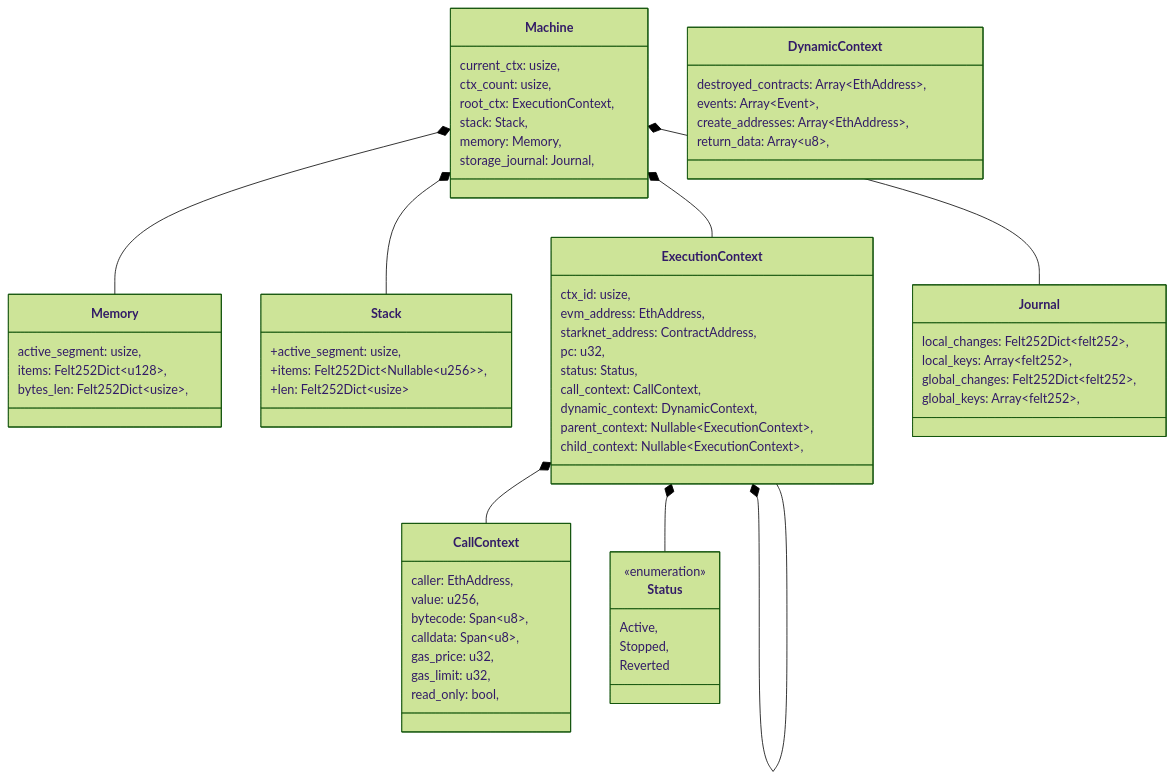
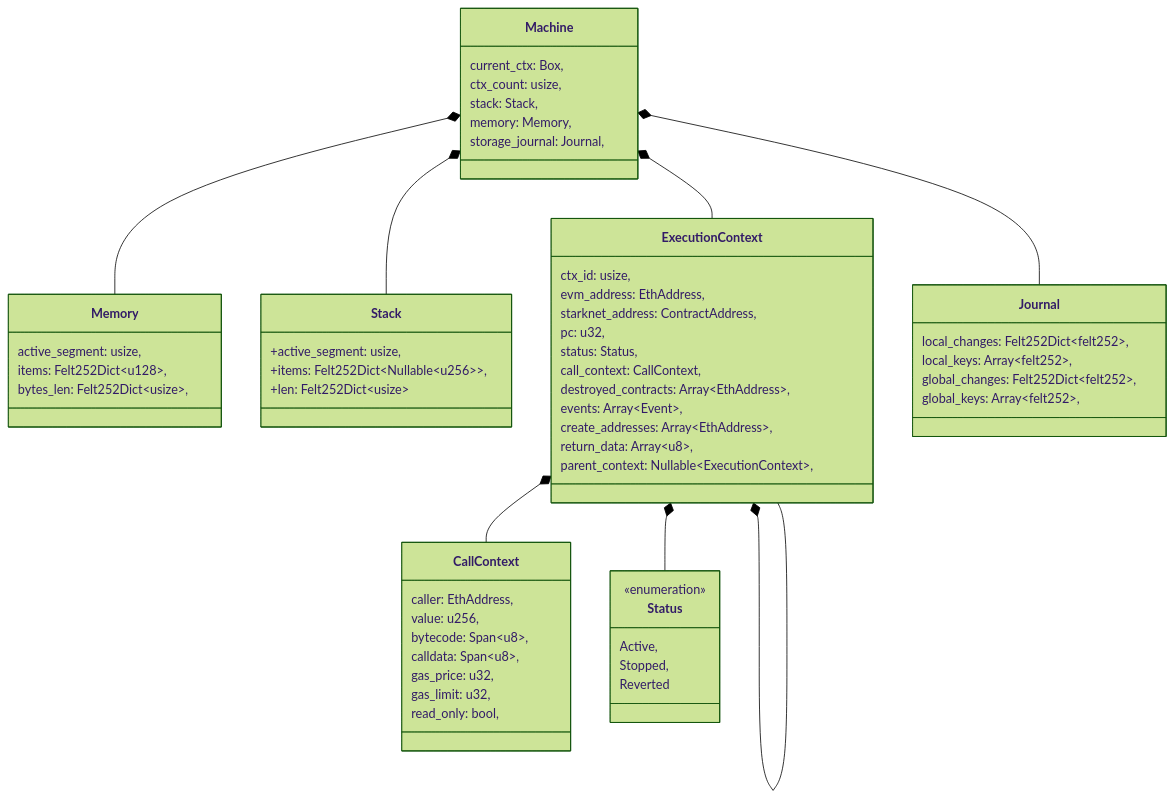
Before and after one commit to kkrt-labs/kakarot-ssj: the diagram in docs/general/machine.md, drawn with Mermaid (forest theme). The commit also changed other lines of this file and 29 other files, not shown here.

````diff
--- a/docs/general/machine.md
+++ b/docs/general/machine.md
@@ -43,75 +41,70 @@
 ```mermaid
 classDiagram
     class Machine{
-        current_ctx: usize,
+        current_ctx: Box<ExecutionContext>,
         ctx_count: usize,
-        root_ctx: ExecutionContext,
         stack: Stack,
         memory: Memory,
         storage_journal: Journal,
     }
 
     class Memory{
         active_segment: usize,
         items: Felt252Dict~u128~,
         bytes_len: Felt252Dict~usize~,
     }
 
     class Stack{
         +active_segment: usize,
         +items: Felt252Dict~Nullable~u256~~,
         +len: Felt252Dict~usize~
     }
 
     class ExecutionContext{
         ctx_id: usize,
         evm_address: EthAddress,
         starknet_address: ContractAddress,
         pc: u32,
         status: Status,
         call_context: CallContext,
-        dynamic_context: DynamicContext,
-        parent_context: Nullable~ExecutionContext~,
-        child_context: Nullable~ExecutionContext~,
-    }
-
-    class DynamicContext {
         destroyed_contracts: Array~EthAddress~,
         events: Array~Event~,
         create_addresses: Array~EthAddress~,
         return_data: Array~u8~,
+        parent_context: Nullable~ExecutionContext~,
     }
+
 
     class CallContext{
         caller: EthAddress,
         value: u256,
         bytecode: Span~u8~,
         calldata: Span~u8~,
         gas_price: u32,
         gas_limit: u32,
         read_only: bool,
     }
 
     class Journal{
         local_changes: Felt252Dict~felt252~,
         local_keys: Array~felt252~,
         global_changes: Felt252Dict~felt252~,
         global_keys: Array~felt252~,
     }
 
     class Status{
     <<enumeration>>
       Active,
       Stopped,
       Reverted
     }
 
 
     Machine *-- Memory
     Machine *-- Stack
     Machine *-- ExecutionContext
     Machine *-- Journal
     ExecutionContext *-- ExecutionContext
     ExecutionContext *-- CallContext
     ExecutionContext *-- Status
 ```
````
